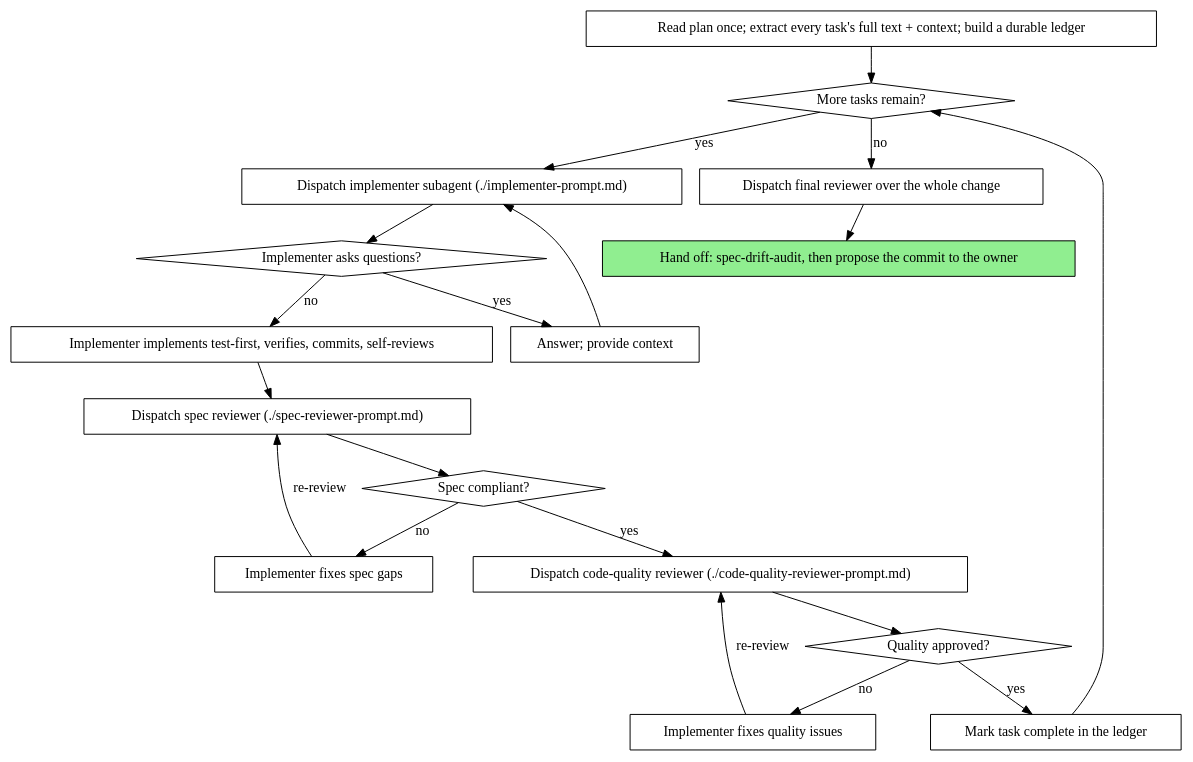
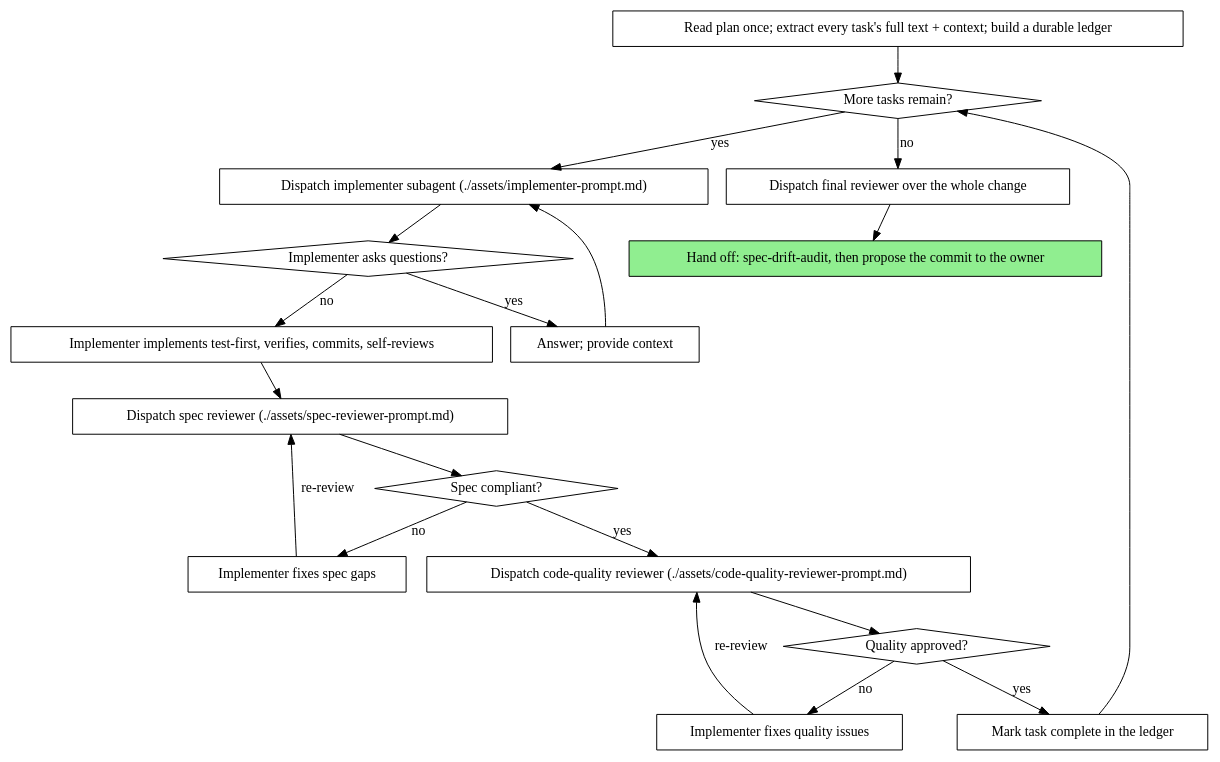
One commit to enkeapple/obilyk-skills changed the second of 2 diagrams in skills/apply-chain/subagent-driven-development/SKILL.md. Above: the diagram before and after it, drawn with Graphviz. The commit also changed other lines of this file and 46 other files, not shown here.

````diff
--- a/skills/apply-chain/subagent-driven-development/SKILL.md
+++ b/skills/apply-chain/subagent-driven-development/SKILL.md
@@ -50,40 +50,40 @@
 ```dot
 digraph process {
     rankdir=TB;
 
     "Read plan once; extract every task's full text + context; build a durable ledger" [shape=box];
     "More tasks remain?" [shape=diamond];
-    "Dispatch implementer subagent (./implementer-prompt.md)" [shape=box];
+    "Dispatch implementer subagent (./assets/implementer-prompt.md)" [shape=box];
     "Implementer asks questions?" [shape=diamond];
     "Answer; provide context" [shape=box];
     "Implementer implements test-first, verifies, commits, self-reviews" [shape=box];
-    "Dispatch spec reviewer (./spec-reviewer-prompt.md)" [shape=box];
+    "Dispatch spec reviewer (./assets/spec-reviewer-prompt.md)" [shape=box];
     "Spec compliant?" [shape=diamond];
     "Implementer fixes spec gaps" [shape=box];
-    "Dispatch code-quality reviewer (./code-quality-reviewer-prompt.md)" [shape=box];
+    "Dispatch code-quality reviewer (./assets/code-quality-reviewer-prompt.md)" [shape=box];
     "Quality approved?" [shape=diamond];
     "Implementer fixes quality issues" [shape=box];
     "Mark task complete in the ledger" [shape=box];
     "Dispatch final reviewer over the whole change" [shape=box];
     "Hand off: spec-drift-audit, then propose the commit to the owner" [shape=box style=filled fillcolor=lightgreen];
 
     "Read plan once; extract every task's full text + context; build a durable ledger" -> "More tasks remain?";
-    "More tasks remain?" -> "Dispatch implementer subagent (./implementer-prompt.md)" [label="yes"];
-    "Dispatch implementer subagent (./implementer-prompt.md)" -> "Implementer asks questions?";
+    "More tasks remain?" -> "Dispatch implementer subagent (./assets/implementer-prompt.md)" [label="yes"];
+    "Dispatch implementer subagent (./assets/implementer-prompt.md)" -> "Implementer asks questions?";
     "Implementer asks questions?" -> "Answer; provide context" [label="yes"];
-    "Answer; provide context" -> "Dispatch implementer subagent (./implementer-prompt.md)";
+    "Answer; provide context" -> "Dispatch implementer subagent (./assets/implementer-prompt.md)";
     "Implementer asks questions?" -> "Implementer implements test-first, verifies, commits, self-reviews" [label="no"];
-    "Implementer implements test-first, verifies, commits, self-reviews" -> "Dispatch spec reviewer (./spec-reviewer-prompt.md)";
-    "Dispatch spec reviewer (./spec-reviewer-prompt.md)" -> "Spec compliant?";
+    "Implementer implements test-first, verifies, commits, self-reviews" -> "Dispatch spec reviewer (./assets/spec-reviewer-prompt.md)";
+    "Dispatch spec reviewer (./assets/spec-reviewer-prompt.md)" -> "Spec compliant?";
     "Spec compliant?" -> "Implementer fixes spec gaps" [label="no"];
-    "Implementer fixes spec gaps" -> "Dispatch spec reviewer (./spec-reviewer-prompt.md)" [label="re-review"];
-    "Spec compliant?" -> "Dispatch code-quality reviewer (./code-quality-reviewer-prompt.md)" [label="yes"];
-    "Dispatch code-quality reviewer (./code-quality-reviewer-prompt.md)" -> "Quality approved?";
+    "Implementer fixes spec gaps" -> "Dispatch spec reviewer (./assets/spec-reviewer-prompt.md)" [label="re-review"];
+    "Spec compliant?" -> "Dispatch code-quality reviewer (./assets/code-quality-reviewer-prompt.md)" [label="yes"];
+    "Dispatch code-quality reviewer (./assets/code-quality-reviewer-prompt.md)" -> "Quality approved?";
     "Quality approved?" -> "Implementer fixes quality issues" [label="no"];
-    "Implementer fixes quality issues" -> "Dispatch code-quality reviewer (./code-quality-reviewer-prompt.md)" [label="re-review"];
+    "Implementer fixes quality issues" -> "Dispatch code-quality reviewer (./assets/code-quality-reviewer-prompt.md)" [label="re-review"];
     "Quality approved?" -> "Mark task complete in the ledger" [label="yes"];
     "Mark task complete in the ledger" -> "More tasks remain?";
     "More tasks remain?" -> "Dispatch final reviewer over the whole change" [label="no"];
     "Dispatch final reviewer over the whole change" -> "Hand off: spec-drift-audit, then propose the commit to the owner";
 }
 ```
````
